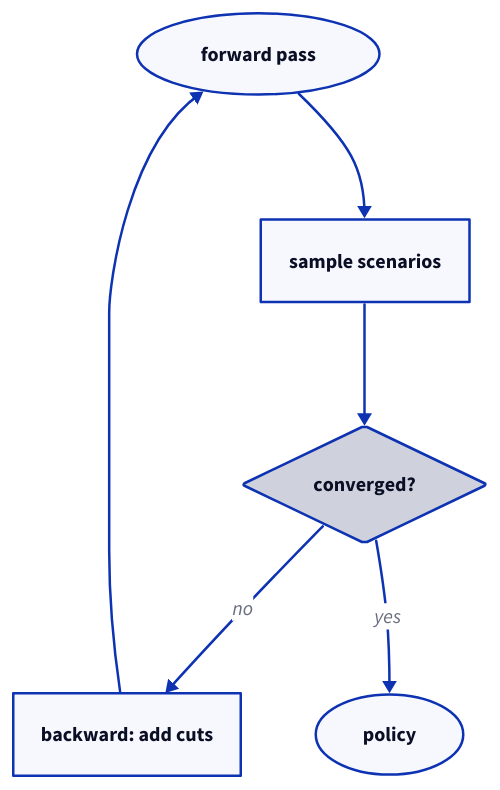
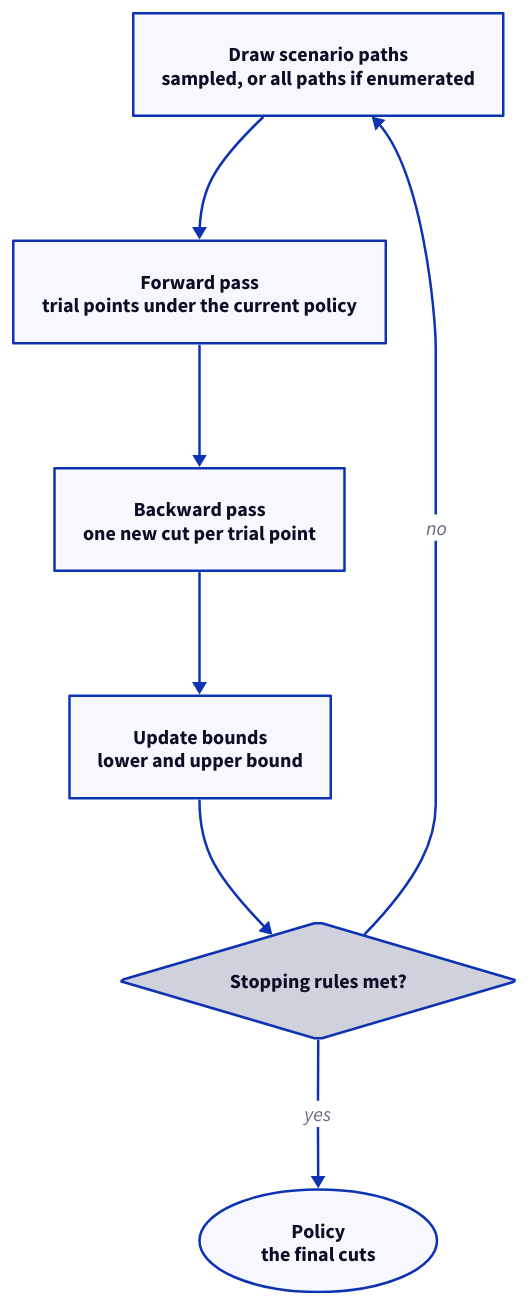
One commit to cobre-rs/cobre-docs changed the diagram in src/content/docs/overview/sddp-framework-overview.mdx. Above: the diagram before and after it, drawn with D2. The commit also changed other lines of this file and 125 other files, not shown here.

````diff
--- a/src/content/docs/overview/sddp-framework-overview.mdx
+++ b/src/content/docs/overview/sddp-framework-overview.mdx
@@ -42,15 +42,17 @@
 ```d2
 direction: down
 
-fwd: forward pass {shape: oval}
-sample: sample scenarios
-conv: converged? {shape: diamond}
-bwd: "backward: add cuts"
-policy: policy {shape: oval}
+sample: "Draw scenario paths\nsampled, or all paths if enumerated"
+fwd: "Forward pass\ntrial points under the current policy"
+bwd: "Backward pass\none new cut per trial point"
+bounds: "Update bounds\nlower and upper bound"
+stop: "Stopping rules met?" {shape: diamond}
+policy: "Policy\nthe final cuts" {shape: oval}
 
-fwd -> sample
-sample -> conv
-conv -> bwd: no
-bwd -> fwd
-conv -> policy: yes
+sample -> fwd
+fwd -> bwd
+bwd -> bounds
+bounds -> stop
+stop -> sample: "no"
+stop -> policy: "yes"
 ```
````
